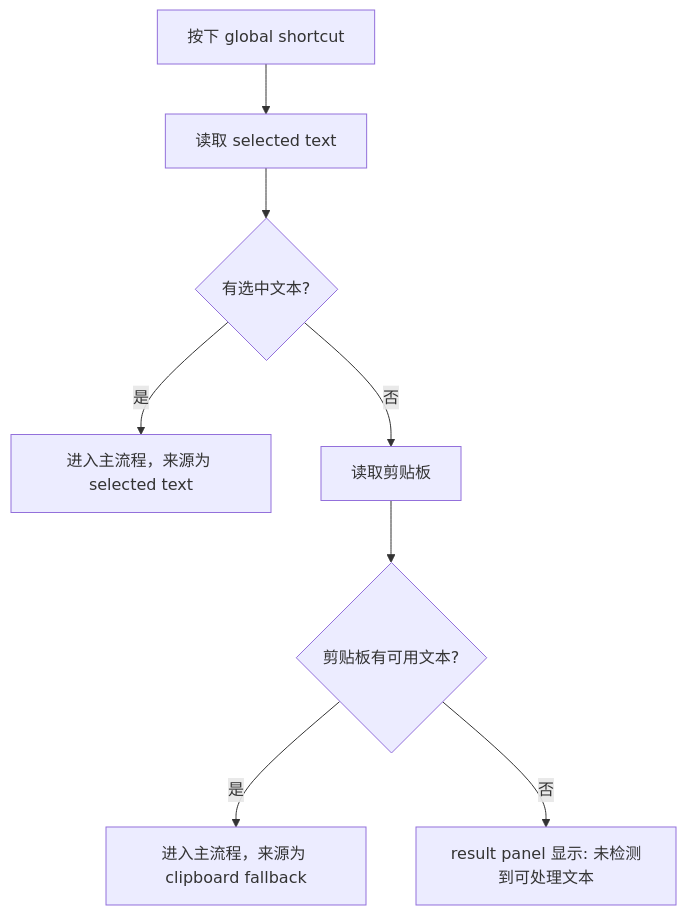
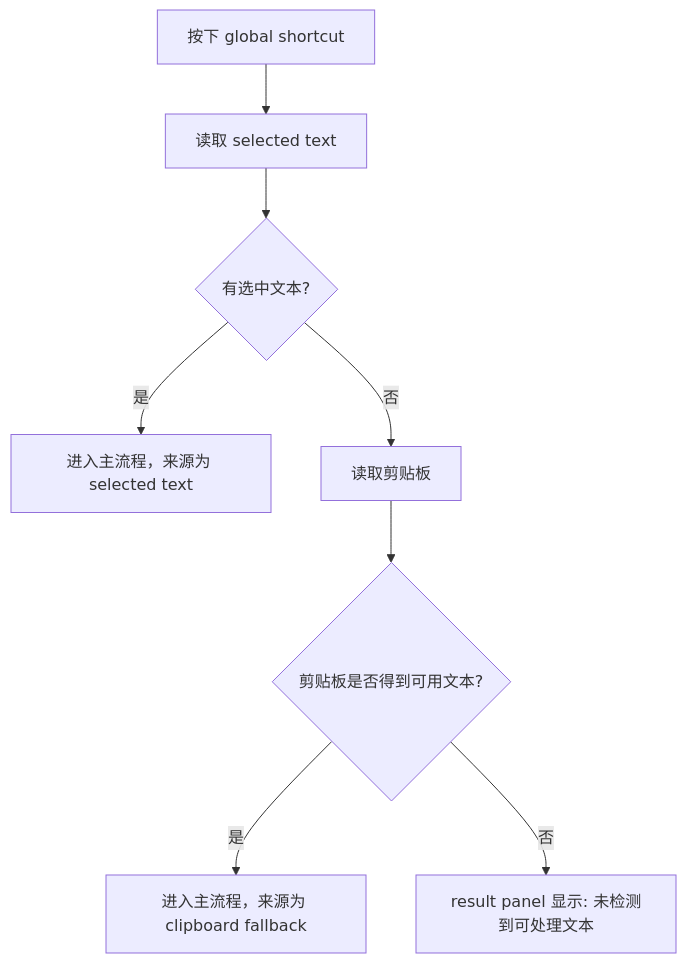
The fourth of 7 diagrams in docs/interaction/mac-text-actions-interaction-flow.md (SaneHe/mac-tools), drawn with Mermaid before and after one commit. The commit also changed other lines of this file and 6 other files, not shown here.

````diff
--- a/docs/interaction/mac-text-actions-interaction-flow.md
+++ b/docs/interaction/mac-text-actions-interaction-flow.md
@@ -57,10 +77,10 @@
 ```mermaid
 flowchart TD
     A["按下 global shortcut"] --> B["读取 selected text"]
     B --> C{"有选中文本?"}
     C -- "是" --> D["进入主流程，来源为 selected text"]
     C -- "否" --> E["读取剪贴板"]
-    E --> F{"剪贴板有可用文本?"}
+    E --> F{"剪贴板是否得到可用文本?"}
     F -- "是" --> G["进入主流程，来源为 clipboard fallback"]
     F -- "否" --> H["result panel 显示: 未检测到可处理文本"]
 ```
````
